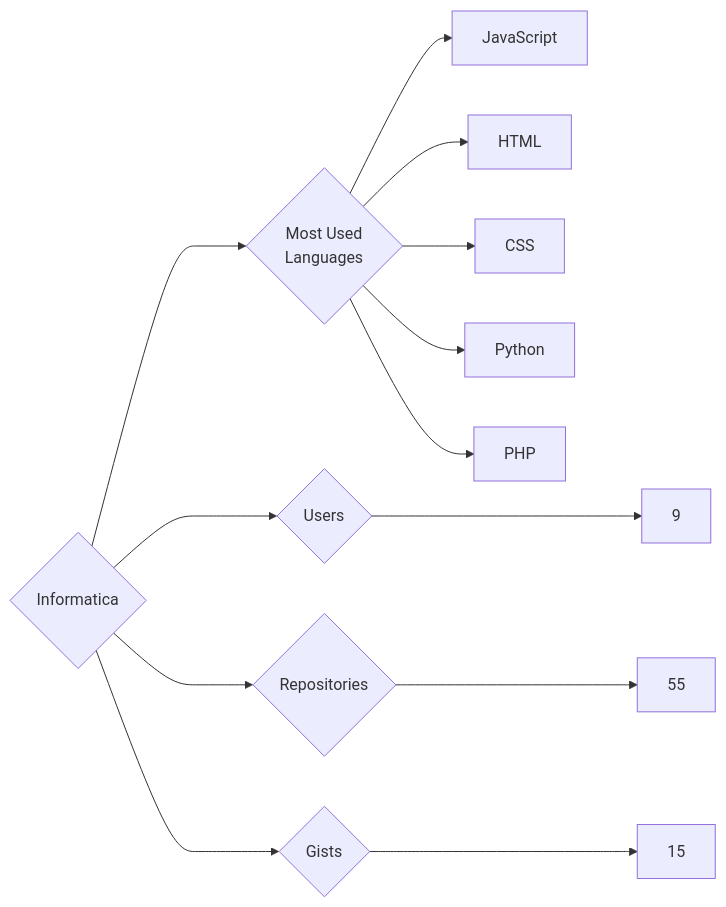
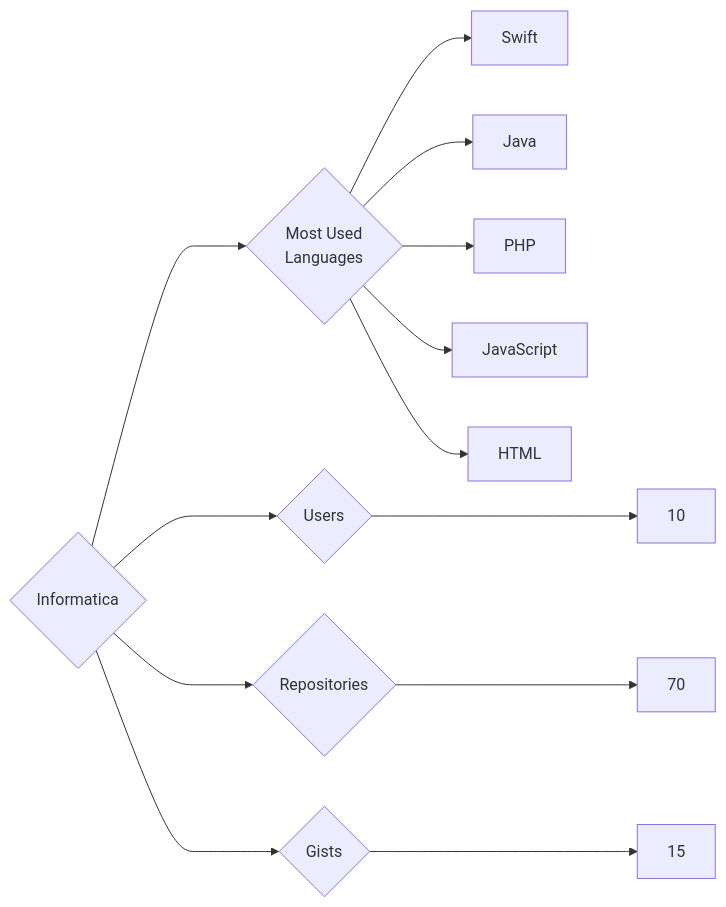
Before and after one commit to trickest/insiders: the diagram in targets/Informatica/README.md, drawn with Mermaid. The commit also changed 1030 other files, not shown here.

````diff
--- a/targets/Informatica/README.md
+++ b/targets/Informatica/README.md
@@ -3,13 +3,13 @@
 ```mermaid
 graph LR
 COMPANY_NAME{Informatica}
-COMPANY_NAME ---> U{Users} ---> UN[9]
-COMPANY_NAME ---> R{Repositories} ---> RN[55]
+COMPANY_NAME ---> U{Users} ---> UN[10]
+COMPANY_NAME ---> R{Repositories} ---> RN[70]
 COMPANY_NAME ---> G{Gists} ---> GN[15]
 COMPANY_NAME ---> ML{Most Used<br>Languages}
+ML --> Swift[Swift]
+ML --> Java[Java]
+ML --> PHP[PHP]
 ML --> JavaScript[JavaScript]
 ML --> HTML[HTML]
-ML --> CSS[CSS]
-ML --> Python[Python]
-ML --> PHP[PHP]
 ```
````
